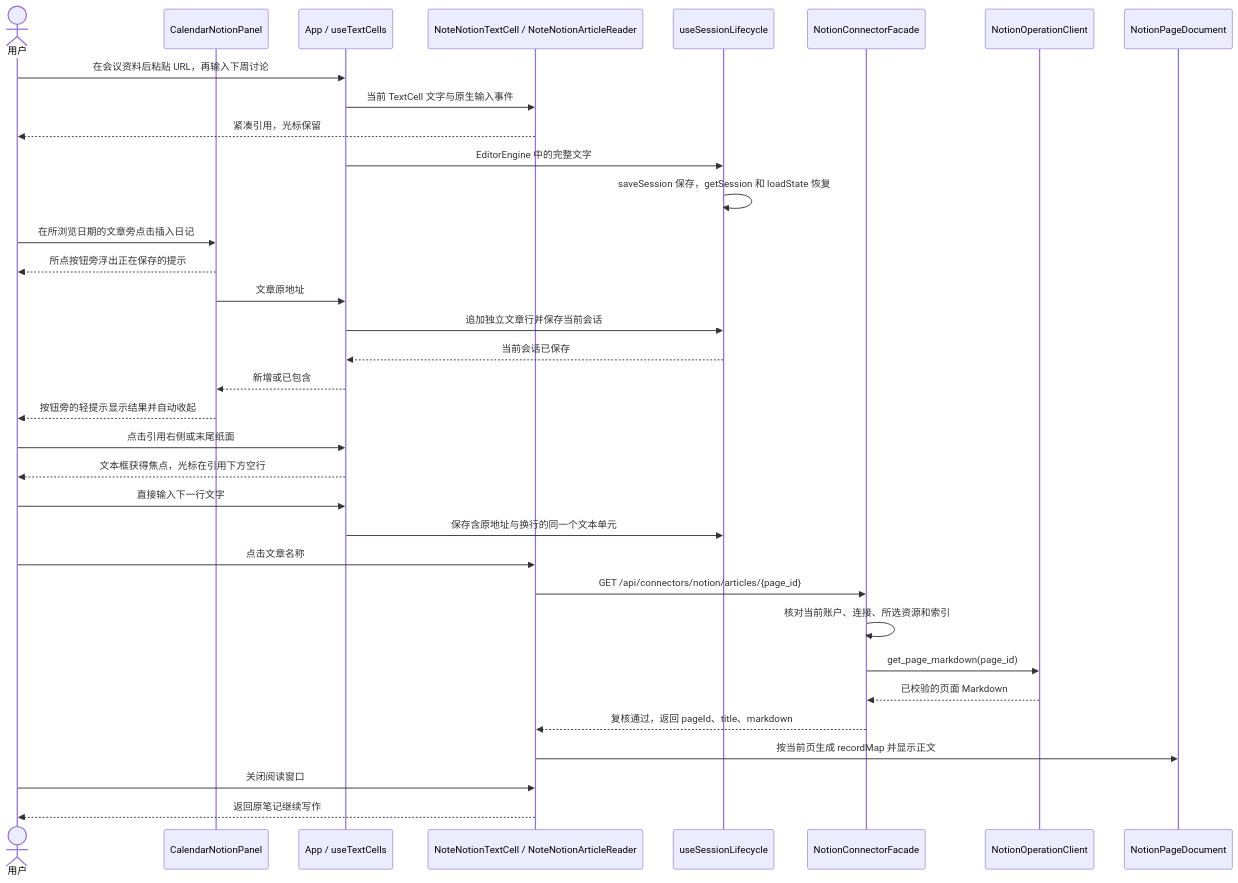
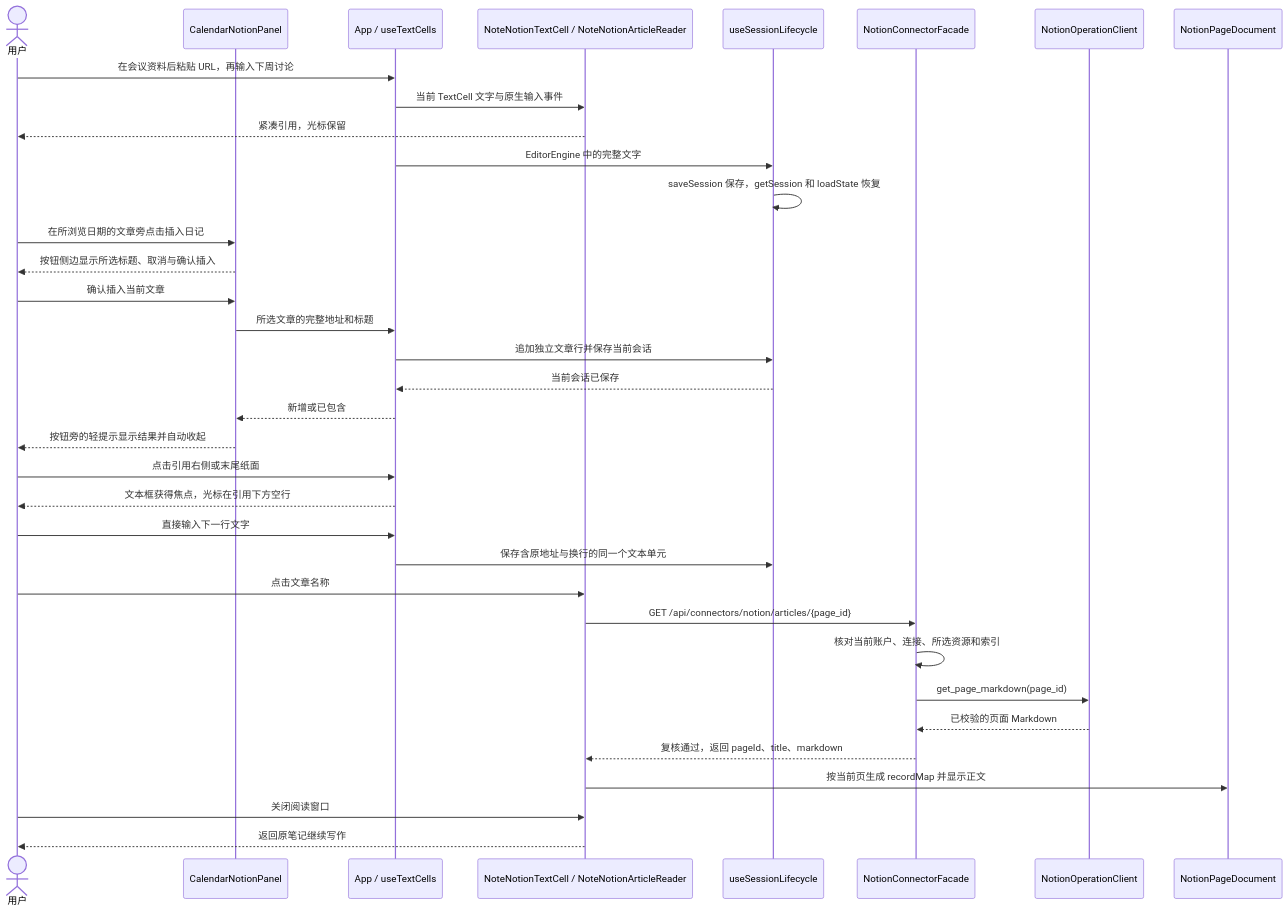
The first of 3 diagrams in docs/design/edit-session/notion-article-links.md (glide-the/im-dream), drawn with Mermaid before and after one commit. The commit also changed other lines of this file and 22 other files, not shown here.

````diff
--- a/docs/design/edit-session/notion-article-links.md
+++ b/docs/design/edit-session/notion-article-links.md
@@ -40,36 +43,37 @@
 ```mermaid
 sequenceDiagram
     actor U as 用户
     participant C as CalendarNotionPanel
     participant A as App / useTextCells
     participant N as NoteNotionTextCell / NoteNotionArticleReader
     participant S as useSessionLifecycle
     participant F as NotionConnectorFacade
     participant O as NotionOperationClient
     participant R as NotionPageDocument
     U->>A: 在会议资料后粘贴 URL，再输入下周讨论
     A->>N: 当前 TextCell 文字与原生输入事件
     N-->>U: 紧凑引用，光标保留
     A->>S: EditorEngine 中的完整文字
     S->>S: saveSession 保存，getSession 和 loadState 恢复
     U->>C: 在所浏览日期的文章旁点击插入日记
-    C-->>U: 所点按钮旁浮出正在保存的提示
-    C->>A: 文章原地址
+    C-->>U: 按钮侧边显示所选标题、取消与确认插入
+    U->>C: 确认插入当前文章
+    C->>A: 所选文章的完整地址和标题
     A->>S: 追加独立文章行并保存当前会话
     S-->>A: 当前会话已保存
     A-->>C: 新增或已包含
     C-->>U: 按钮旁的轻提示显示结果并自动收起
     U->>A: 点击引用右侧或末尾纸面
     A-->>U: 文本框获得焦点，光标在引用下方空行
     U->>A: 直接输入下一行文字
     A->>S: 保存含原地址与换行的同一个文本单元
     U->>N: 点击文章名称
     N->>F: GET /api/connectors/notion/articles/{page_id}
     F->>F: 核对当前账户、连接、所选资源和索引
     F->>O: get_page_markdown(page_id)
     O-->>F: 已校验的页面 Markdown
     F-->>N: 复核通过，返回 pageId、title、markdown
     N->>R: 按当前页生成 recordMap 并显示正文
     U->>N: 关闭阅读窗口
     N-->>U: 返回原笔记继续写作
 ```
````
